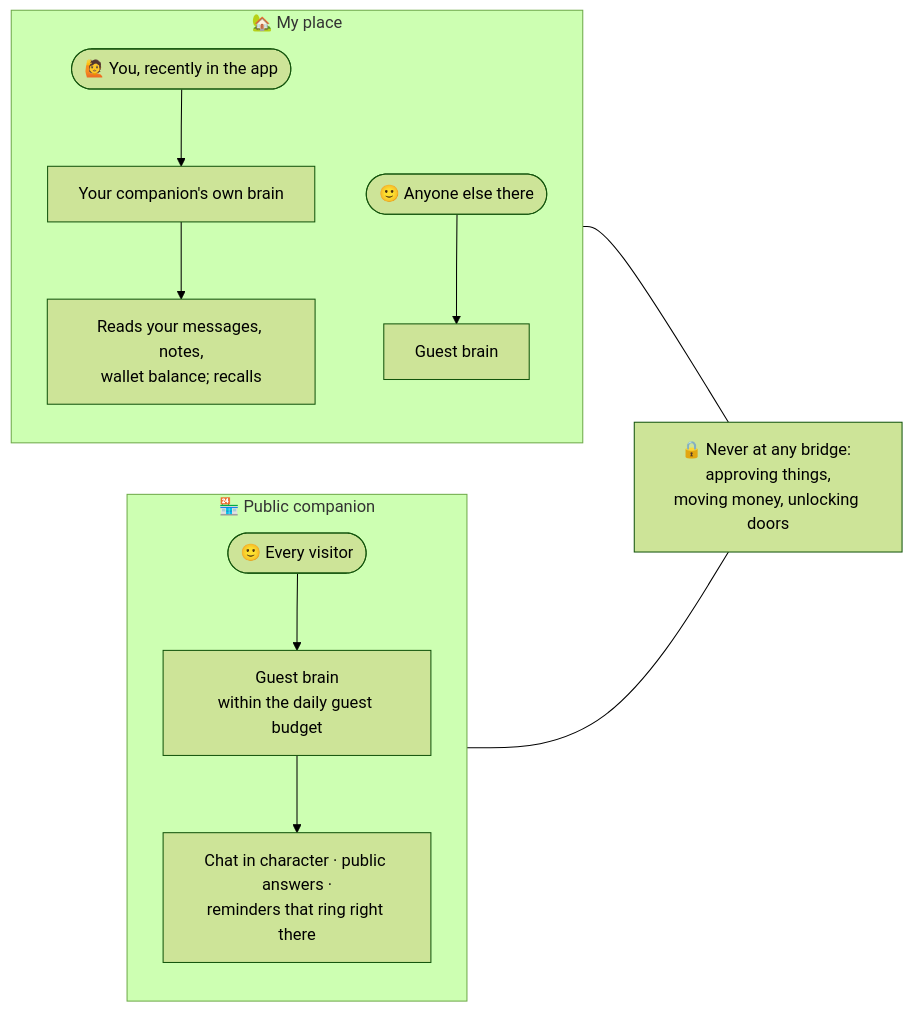
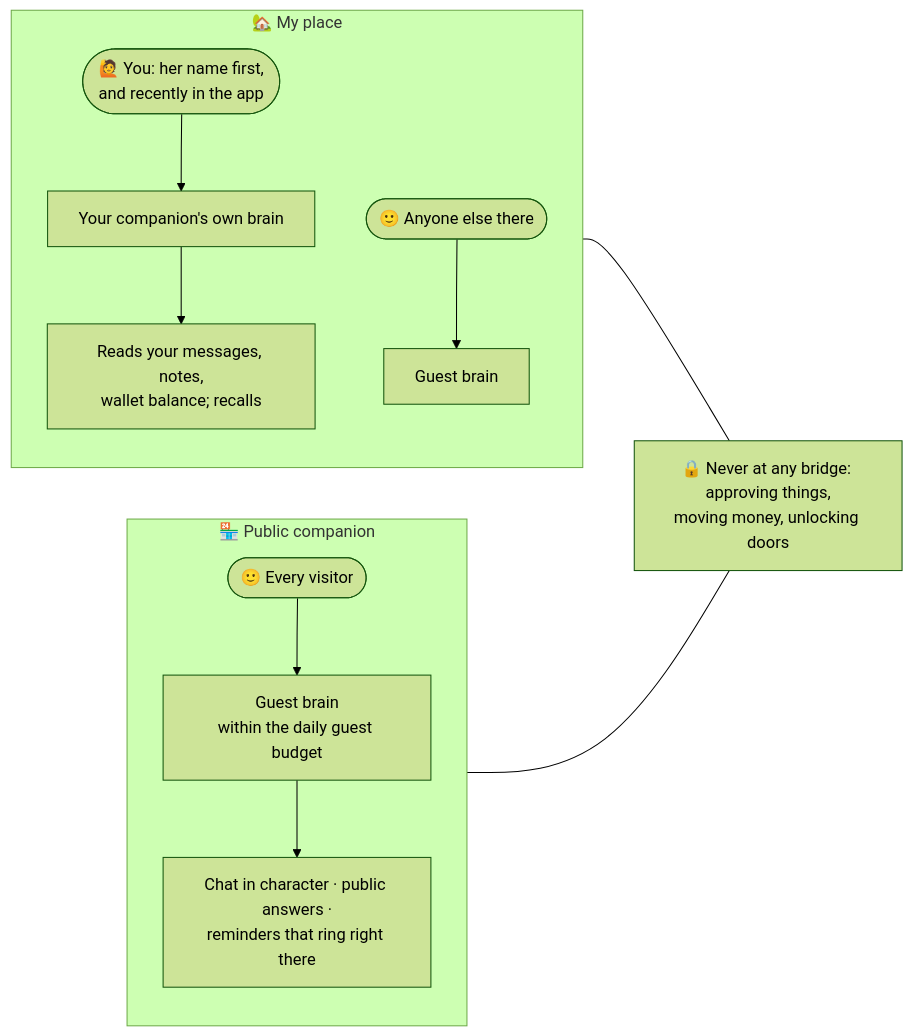
One commit to Smugandcomfy/waifu-ai-desktop changed the seventh of 9 diagrams in docs/NETWORK.md. Above: the diagram before and after it, drawn with Mermaid (forest theme). The commit also changed 4 other files, not shown here.

Commit message:
My place: you count as you when you say the companion's name and used the app in the last 15 minutes (README, How it works, FAQ, use case 12, network diagram)

````diff
--- a/docs/NETWORK.md
+++ b/docs/NETWORK.md
@@ -228,17 +228,17 @@
 ```mermaid
 flowchart LR
     subgraph MP["🏡 My place"]
         direction TB
-        Y(["🙋 You, recently in the app"]) --> YB["Your companion's own brain"]
+        Y(["🙋 You: her name first,<br/>and recently in the app"]) --> YB["Your companion's own brain"]
         YB --> YR["Reads your messages, notes,<br/>wallet balance; recalls"]
         G1(["🙂 Anyone else there"]) --> GB1["Guest brain"]
     end
     subgraph PUB["🏪 Public companion"]
         direction TB
         V(["🙂 Every visitor"]) --> GB2["Guest brain<br/>within the daily guest budget"]
         GB2 --> VR["Chat in character · public answers ·<br/>reminders that ring right there"]
     end
     LOCK["🔒 Never at any bridge: approving things,<br/>moving money, unlocking doors"]
     MP --- LOCK
     PUB --- LOCK
 ```
````
